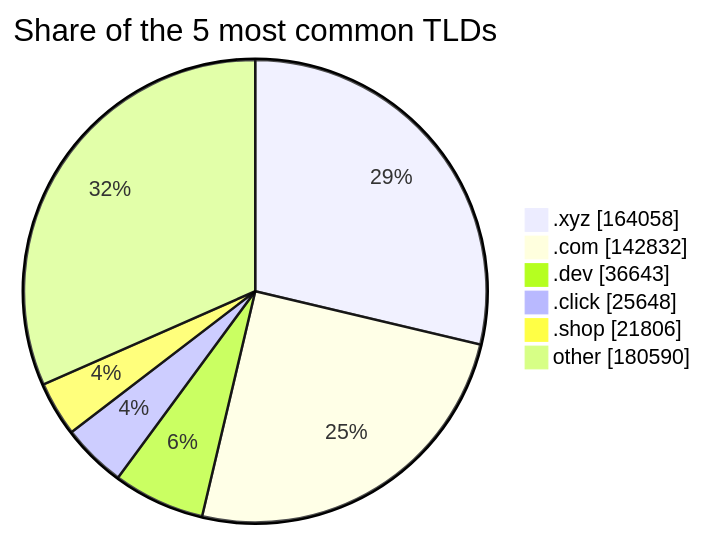
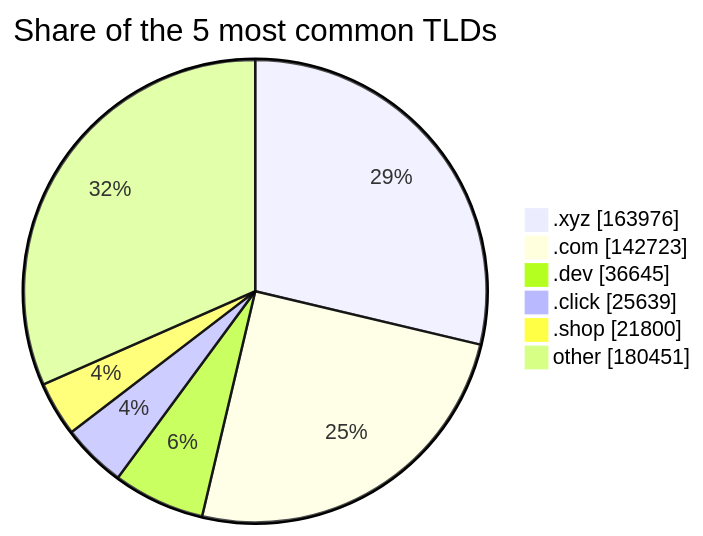
The third of 3 diagrams in README.md (DNSBunker/CTI), drawn with Mermaid before and after one commit. The commit also changed other lines of this file and 3 other files, not shown here.

````diff
--- a/README.md
+++ b/README.md
@@ -81,9 +81,9 @@
 ```mermaid
 pie showData title Share of the 5 most common TLDs
-    ".xyz" : 164058
-    ".com" : 142832
-    ".dev" : 36643
-    ".click" : 25648
-    ".shop" : 21806
-    "other" : 180590
+    ".xyz" : 163976
+    ".com" : 142723
+    ".dev" : 36645
+    ".click" : 25639
+    ".shop" : 21800
+    "other" : 180451
 ```
````
